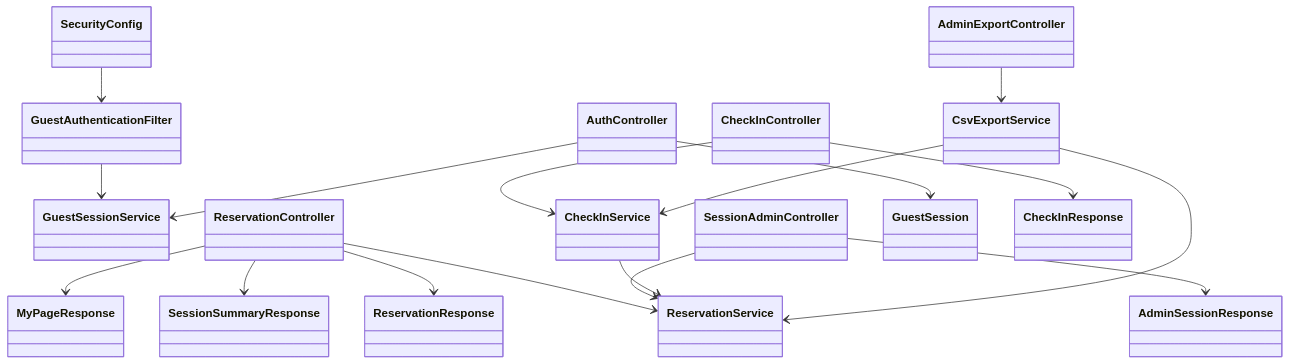
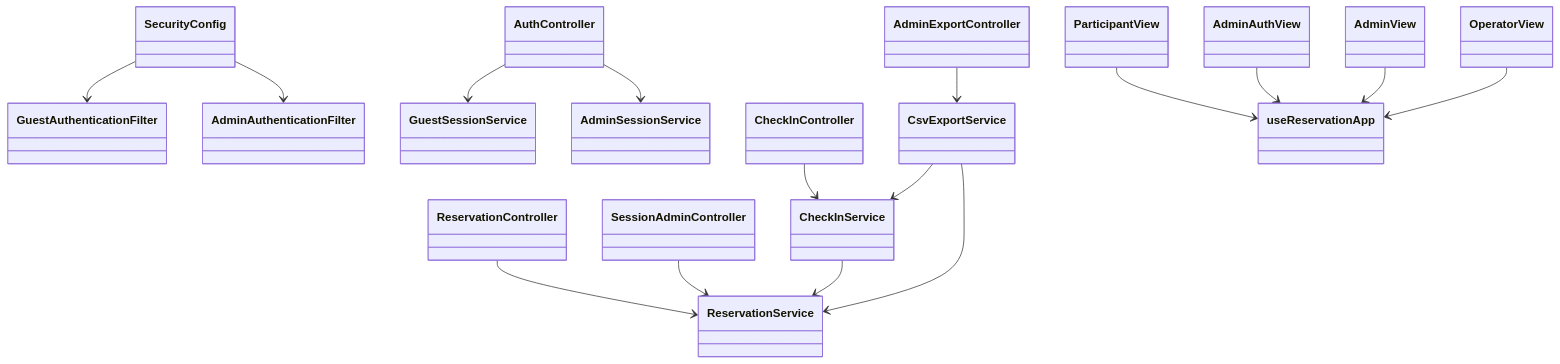
Before and after one commit to autotaker/simple-event-reservation-system: the diagram in docs/review/04-class-diagram.md, drawn with Mermaid. The commit also changed other lines of this file and 30 other files, not shown here.

````diff
--- a/docs/review/04-class-diagram.md
+++ b/docs/review/04-class-diagram.md
@@ -3,44 +3,44 @@
 ```mermaid
 classDiagram
     class SecurityConfig
     class GuestAuthenticationFilter
+    class AdminAuthenticationFilter
+
     class GuestSessionService
+    class AdminSessionService
     class ReservationService
     class CheckInService
     class CsvExportService
 
     class AuthController
     class ReservationController
     class SessionAdminController
     class CheckInController
     class AdminExportController
 
-    class GuestSession
-    class ReservationResponse
-    class SessionSummaryResponse
-    class MyPageResponse
-    class AdminSessionResponse
-    class CheckInResponse
+    class ParticipantView
+    class AdminAuthView
+    class AdminView
+    class OperatorView
+    class useReservationApp
 
     SecurityConfig --> GuestAuthenticationFilter
-    GuestAuthenticationFilter --> GuestSessionService
+    SecurityConfig --> AdminAuthenticationFilter
 
     AuthController --> GuestSessionService
-    AuthController --> GuestSession
+    AuthController --> AdminSessionService
 
     ReservationController --> ReservationService
-    ReservationController --> ReservationResponse
-    ReservationController --> SessionSummaryResponse
-    ReservationController --> MyPageResponse
-
     SessionAdminController --> ReservationService
-    SessionAdminController --> AdminSessionResponse
-
     CheckInController --> CheckInService
     CheckInService --> ReservationService
-    CheckInController --> CheckInResponse
 
     AdminExportController --> CsvExportService
     CsvExportService --> ReservationService
     CsvExportService --> CheckInService
+
+    ParticipantView --> useReservationApp
+    AdminAuthView --> useReservationApp
+    AdminView --> useReservationApp
+    OperatorView --> useReservationApp
 ```
````
